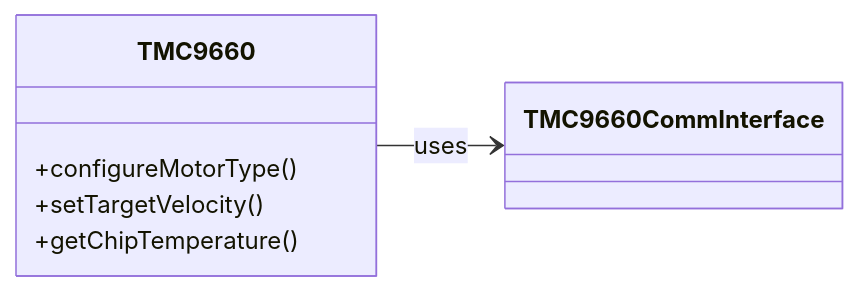
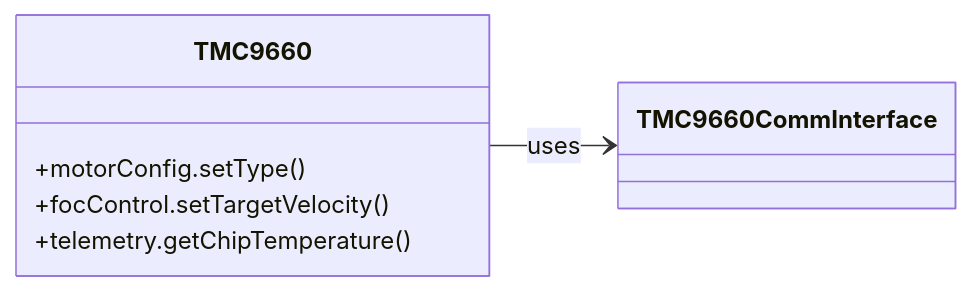
One commit to N3b3x/hf-tmc9660-driver changed the diagram in README.md. Above: the diagram before and after it, drawn with Mermaid. The commit also changed other lines of this file and 8 other files, not shown here.

````diff
--- a/README.md
+++ b/README.md
@@ -52,10 +52,10 @@
 ```mermaid
 classDiagram
     direction LR
     class TMC9660 {
-        +configureMotorType()
-        +setTargetVelocity()
-        +getChipTemperature()
+        +motorConfig.setType()
+        +focControl.setTargetVelocity()
+        +telemetry.getChipTemperature()
     }
     TMC9660 --> TMC9660CommInterface : uses
 ```
````
